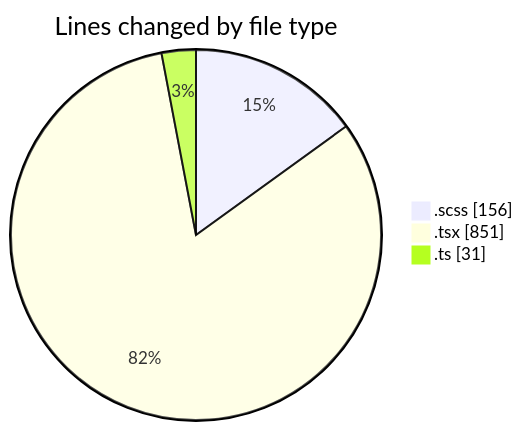
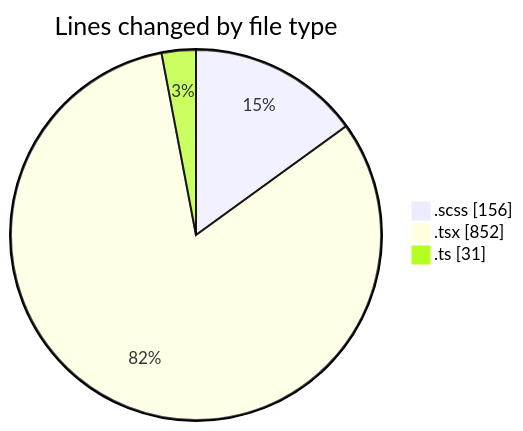
The first of 2 diagrams in 2025-02-10/cda/README.md (momahboobian/code-tracking), drawn with Mermaid before and after one commit. The commit also changed other lines of this file and 1 other file, not shown here.

````diff
--- a/2025-02-10/cda/README.md
+++ b/2025-02-10/cda/README.md
@@ -25,7 +25,7 @@
 ```mermaid
 pie showData
 title Lines changed by file type
 ".scss" : 156
-".tsx" : 851
+".tsx" : 852
 ".ts" : 31
 ```
````
